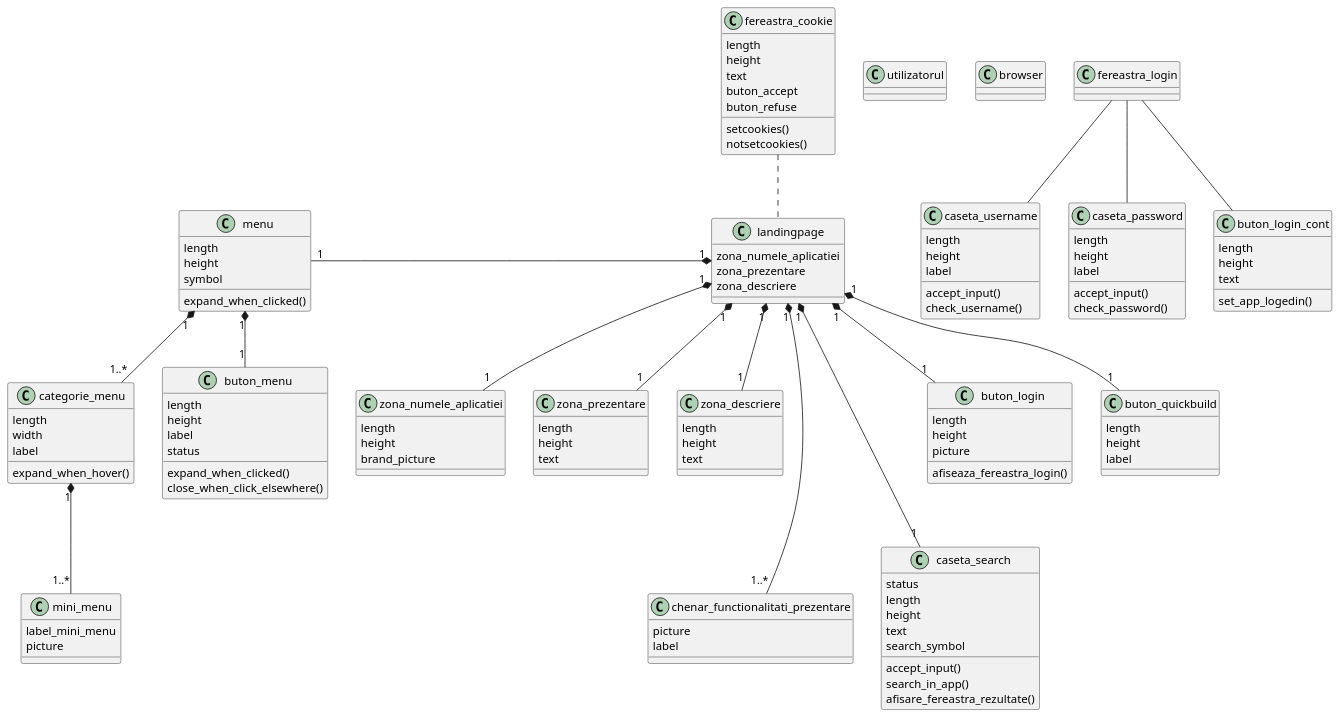
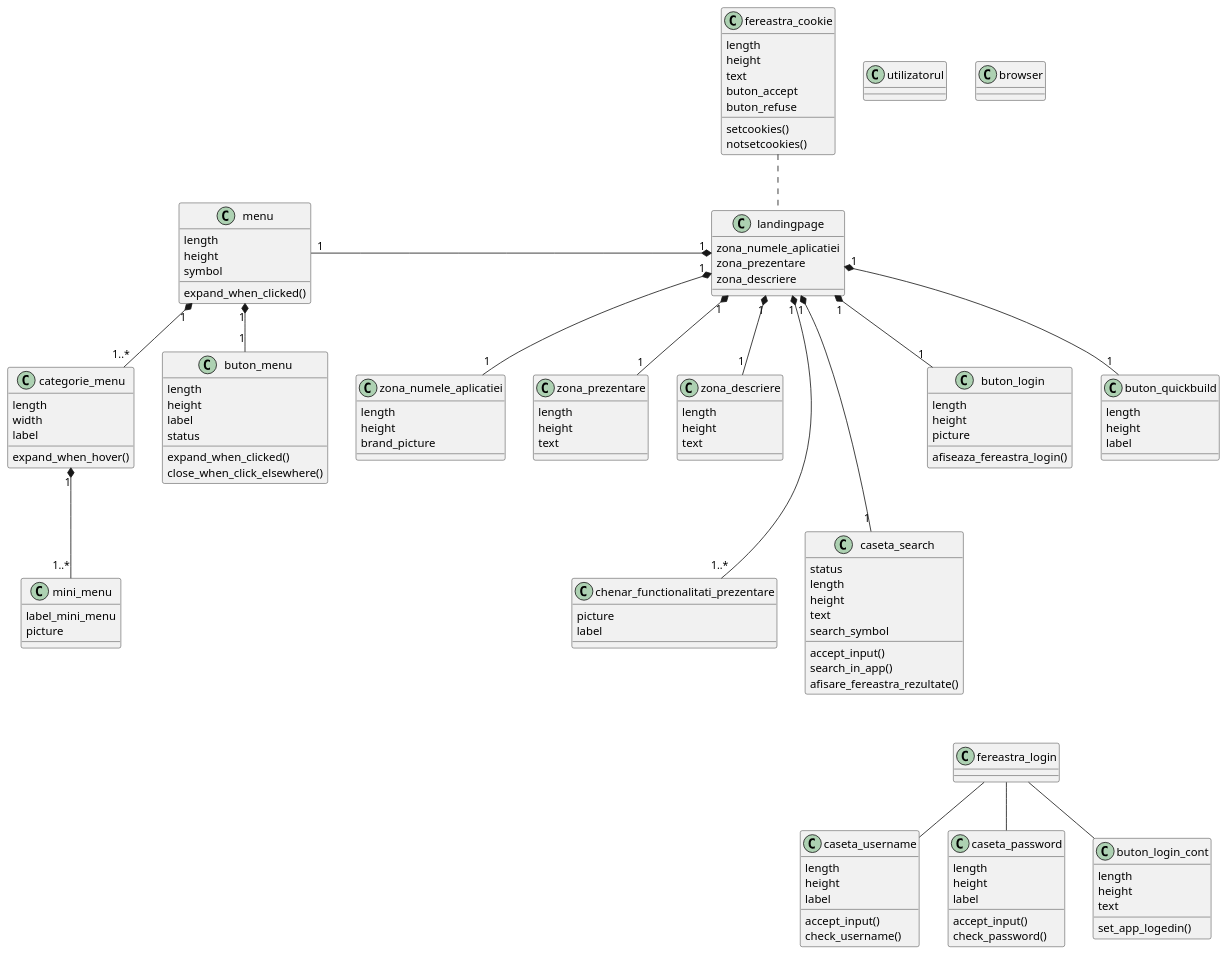
Before and after one commit to mih1tm/APP_PROTOTIP: the diagram in ClassDiag2.puml, drawn with PlantUML.

```diff
--- a/ClassDiag2.puml
+++ b/ClassDiag2.puml
@@ -1,176 +1,179 @@
 @startuml
 'https://plantuml.com/class-diagram
 
 class utilizatorul
 class browser
 class landingpage
 class zona_numele_aplicatiei
 class zona_prezentare
 class zona_descriere
 class fereastra_cookie
 class chenar_functionalitati_prezentare
 
 class menu
 class categorie_menu
 class mini_menu
 
 class caseta_search
 class buton_login
 class buton_quickbuild
 
 class fereastra_login
 class caseta_username
 class caseta_password
 class buton_login_cont
+
+'hidden
+buton_login ---down[hidden] fereastra_login
 
 landingpage "1" *--- "1..*" chenar_functionalitati_prezentare
 landingpage .up. fereastra_cookie
 landingpage "1" *-down- "1" zona_numele_aplicatiei
 landingpage "1" *-down- "1" zona_prezentare
 landingpage "1" *-down- "1" zona_descriere
 landingpage "1" *-left- "1" menu
 landingpage "1" *--- "1" caseta_search
 landingpage "1" *-- "1" buton_quickbuild
 landingpage "1" *-- "1" buton_login
 
 menu "1" *-- "1" buton_menu
 
 menu "1" *-- "1..*" categorie_menu
 categorie_menu "1" *-- "1..*" mini_menu
 
 fereastra_login -- caseta_password
 fereastra_login -- caseta_username
 fereastra_login -- buton_login_cont
 
 
 class landingpage
 {
 zona_numele_aplicatiei
 zona_prezentare
 zona_descriere
 }
 
 class zona_numele_aplicatiei
 {
 length
 height
 brand_picture
 }
 
 class zona_prezentare
 {
 length
 height
 text
 }
 
 class zona_descriere
 {
 length
 height
 text
 }
 
 class fereastra_cookie
 {
 length
 height
 text
 buton_accept
 buton_refuse
 setcookies()
 notsetcookies()
 }
 
 class buton_menu
 {
 length
 height
 label
 status
 expand_when_clicked()
 close_when_click_elsewhere()
 }
 
 class categorie_menu
 {
 length
 width
 label
 expand_when_hover()
 }
 
 class mini_menu
 {
 label_mini_menu
 picture
 }
 
 class menu
 {
 length
 height
 symbol
 expand_when_clicked()
 }
 
 class caseta_search
 {
 status
 length
 height
 text
 search_symbol
 accept_input()
 search_in_app()
 afisare_fereastra_rezultate()
 }
 
 class chenar_functionalitati_prezentare
 {
 picture
 label
 }
 
 class buton_login
 {
 length
 height
 picture
 afiseaza_fereastra_login()
 }
 
 class caseta_username
 {
 length
 height
 label
 accept_input()
 check_username()
 }
 
 class caseta_password
 {
 length
 height
 label
 accept_input()
 check_password()
 }
 
 class buton_login_cont
 {
 length
 height
 text
 set_app_logedin()
 }
 
 class buton_quickbuild
 {
 length
 height
 label
 
 }
 @enduml
```
